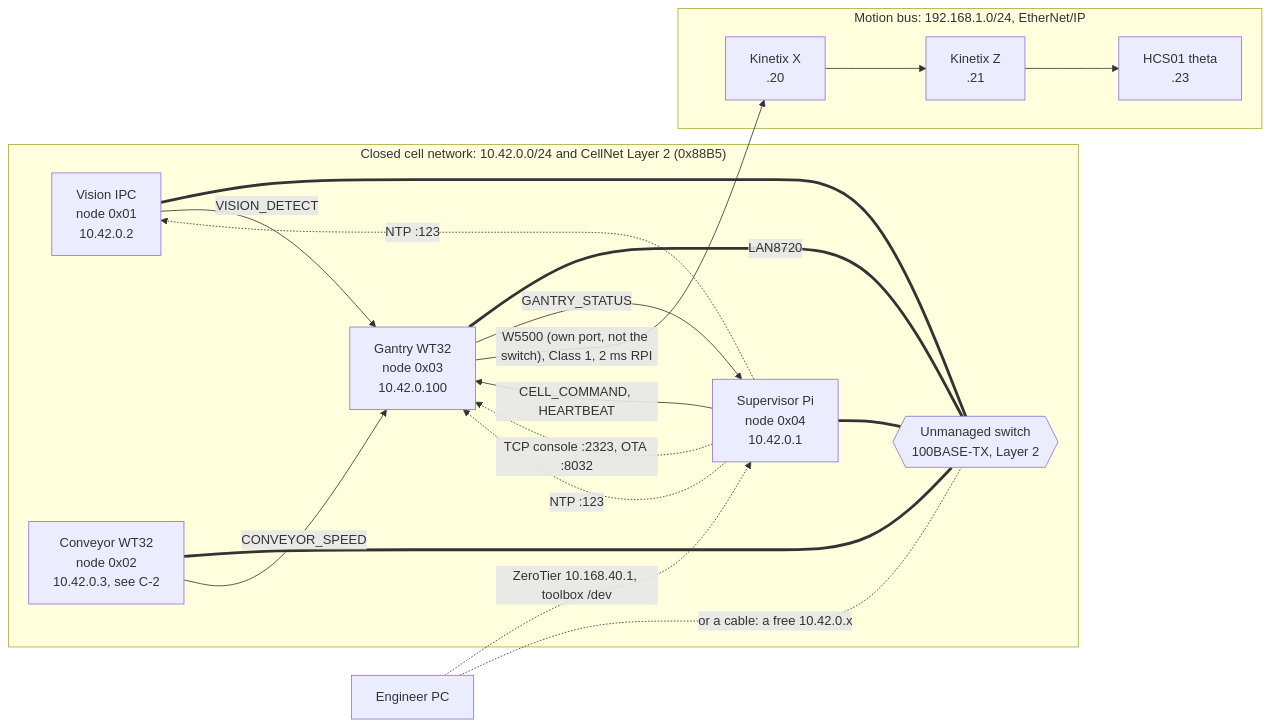
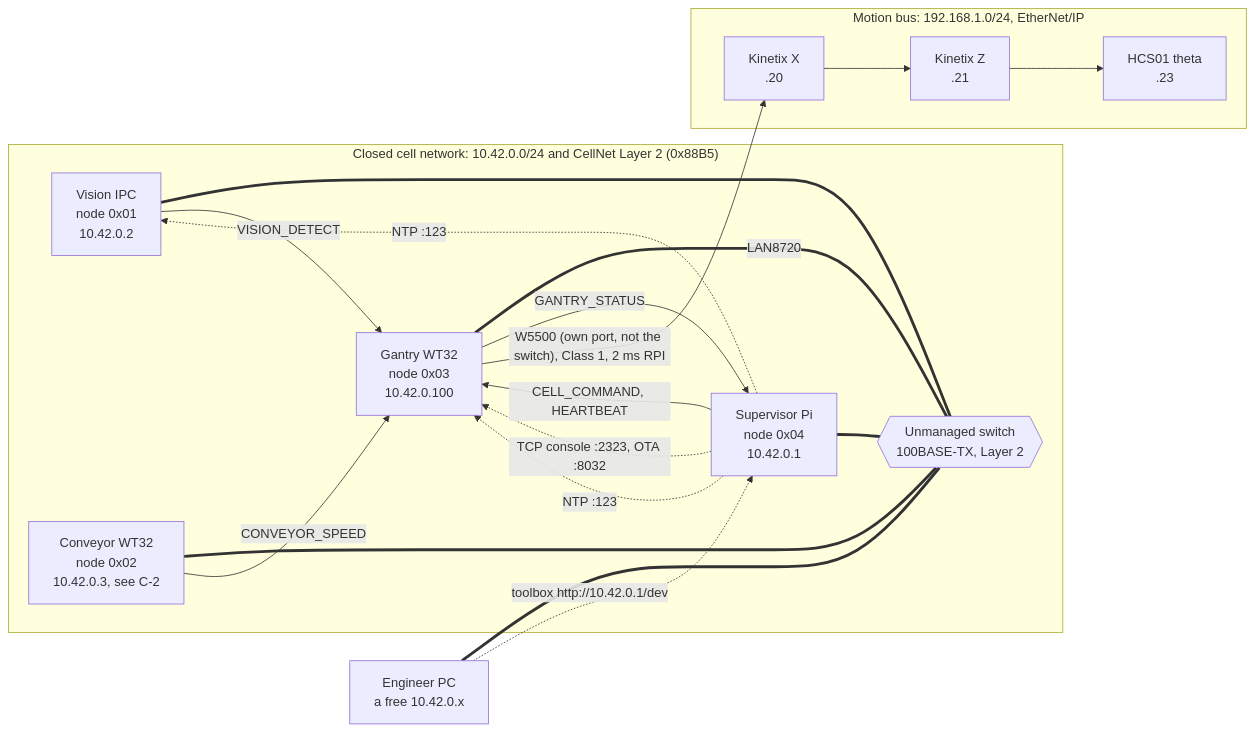
One commit to Mynderse-Research-Lab/wt32-eth01-FreeRTOS changed the diagram in docs/KNOWLEDGE_TRANSFER.md. Above: the diagram before and after it, drawn with Mermaid. The commit also changed other lines of this file, not shown here.

````diff
--- a/docs/KNOWLEDGE_TRANSFER.md
+++ b/docs/KNOWLEDGE_TRANSFER.md
@@ -35,30 +35,30 @@
 ```mermaid
 flowchart LR
   subgraph cell ["Closed cell network: 10.42.0.0/24 and CellNet Layer 2 (0x88B5)"]
     SW{{"Unmanaged switch<br/>100BASE-TX, Layer 2"}}
     V["Vision IPC<br/>node 0x01<br/>10.42.0.2"]
     C["Conveyor WT32<br/>node 0x02<br/>10.42.0.3, see C-2"]
     G["Gantry WT32<br/>node 0x03<br/>10.42.0.100"]
     S["Supervisor Pi<br/>node 0x04<br/>10.42.0.1"]
   end
   V === SW
   C === SW
   S === SW
   G ===|"LAN8720"| SW
   subgraph bus ["Motion bus: 192.168.1.0/24, EtherNet/IP"]
     X["Kinetix X<br/>.20"]
     Z["Kinetix Z<br/>.21"]
     T["HCS01 theta<br/>.23"]
   end
   V -- "VISION_DETECT" --> G
   C -- "CONVEYOR_SPEED" --> G
   S -- "CELL_COMMAND, HEARTBEAT" --> G
   G -- "GANTRY_STATUS" --> S
   G -- "W5500 (own port, not the switch), Class 1, 2 ms RPI" --> X
   X --> Z --> T
   S -. "TCP console :2323, OTA :8032" .-> G
   S -. "NTP :123" .-> V
   S -. "NTP :123" .-> G
-  E["Engineer PC"] -. "ZeroTier 10.168.40.1, toolbox /dev" .-> S
-  E -. "or a cable: a free 10.42.0.x" .- SW
+  E["Engineer PC<br/>a free 10.42.0.x"] === SW
+  E -. "toolbox http://10.42.0.1/dev" .-> S
 ```
````
